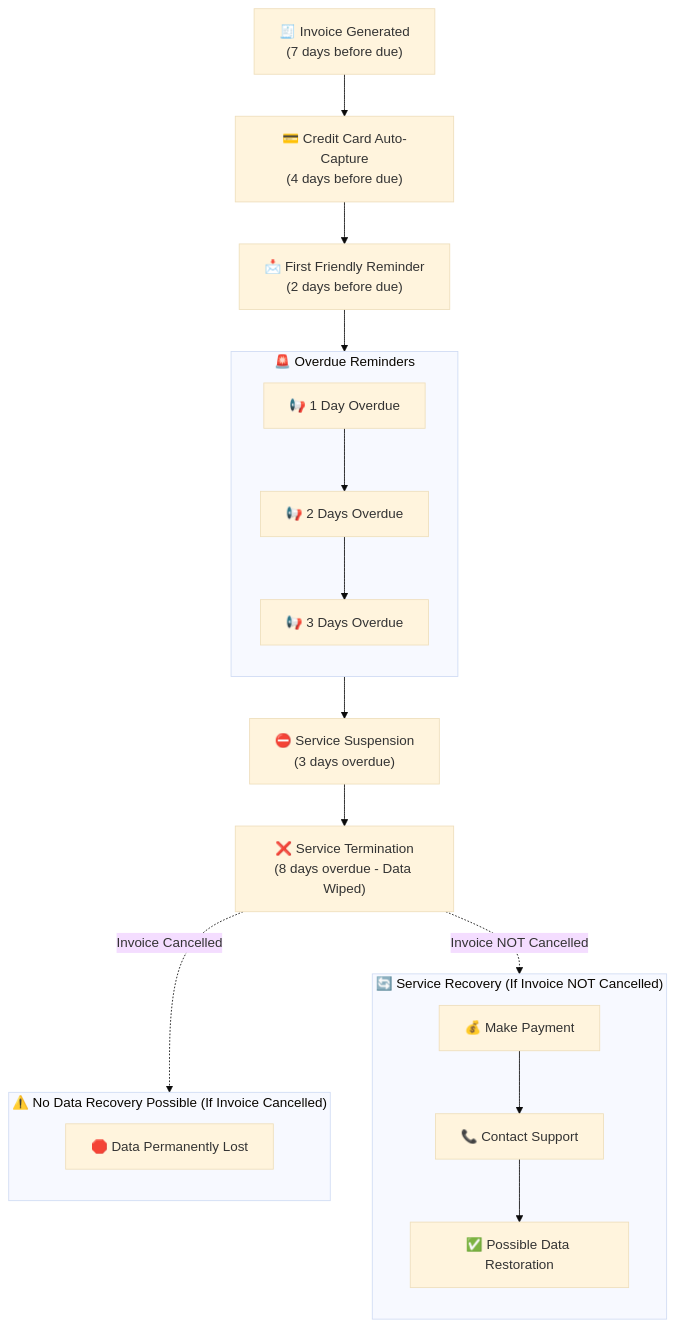
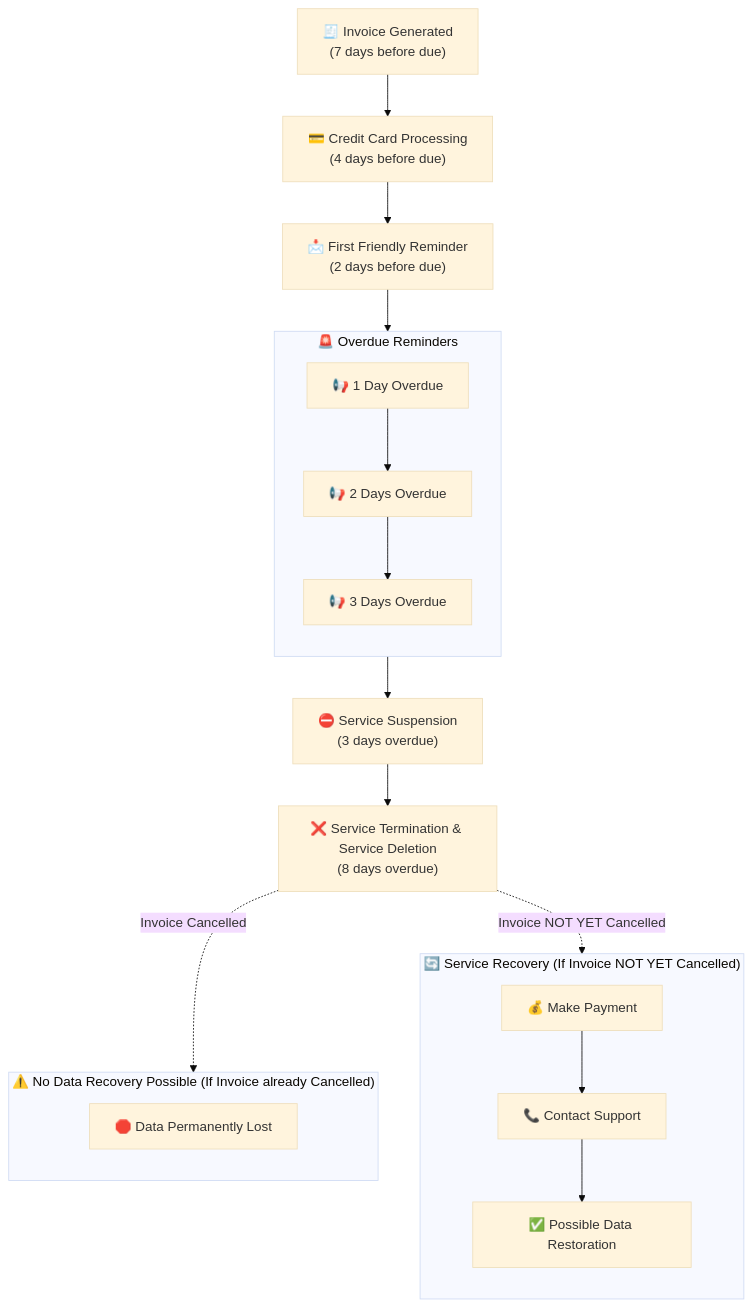
The diagram in faq/billing-lifecycle/automated-vps-billing-workflow.mdx (gExPl0ReR/docs), drawn with Mermaid (base theme) before and after one commit. The commit also changed other lines of this file, not shown here.

````diff
--- a/faq/billing-lifecycle/automated-vps-billing-workflow.mdx
+++ b/faq/billing-lifecycle/automated-vps-billing-workflow.mdx
@@ -37,31 +44,31 @@
 ```mermaid
 flowchart TD
-    A["🧾 Invoice Generated<br>(7 days before due)"] --> B["💳 Credit Card Auto-Capture<br>(4 days before due)"]
+    A["🧾 Invoice Generated<br>(7 days before due)"] --> B["💳 Credit Card Processing<br>(4 days before due)"]
     B --> C["📩 First Friendly Reminder<br>(2 days before due)"]
 
     subgraph overdue["🚨 Overdue Reminders"]
         direction TB
         C1["📢 1 Day Overdue"]
         C2["📢 2 Days Overdue"]
         C3["📢 3 Days Overdue"]
     end
     C --> C1 --> C2 --> C3
 
     C3 --> D["⛔ Service Suspension<br>(3 days overdue)"]
-    D --> E["❌ Service Termination<br>(8 days overdue - Data Wiped)"]
+    D --> E["❌ Service Termination & Service Deletion<br>(8 days overdue)"]
 
-    subgraph recovery["🔄 Service Recovery (If Invoice NOT Cancelled)"]
+    subgraph recovery["🔄 Service Recovery (If Invoice NOT YET Cancelled)"]
         direction TB
         R1["💰 Make Payment"]
         R2["📞 Contact Support"]
         R3["✅ Possible Data Restoration"]
     end
 
-    subgraph no_recovery["⚠️ No Data Recovery Possible (If Invoice Cancelled)"]
+    subgraph no_recovery["⚠️ No Data Recovery Possible (If Invoice already Cancelled)"]
         direction TB
         X["🛑 Data Permanently Lost"]
     end
 
-    E -.->|Invoice NOT Cancelled| R1 --> R2 --> R3
+    E -.->|Invoice NOT YET Cancelled| R1 --> R2 --> R3
     E -.->|Invoice Cancelled| X
 ```
````
